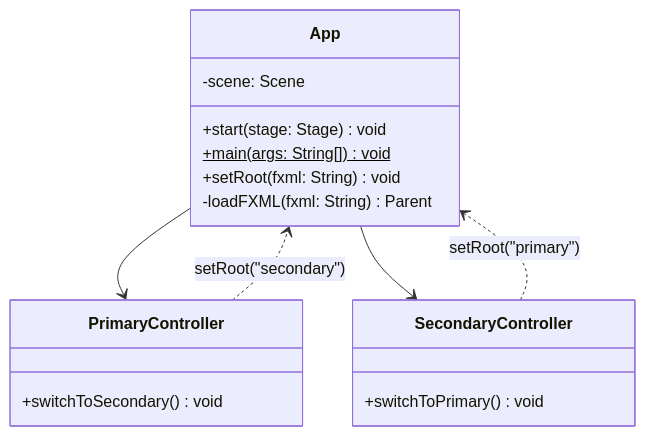
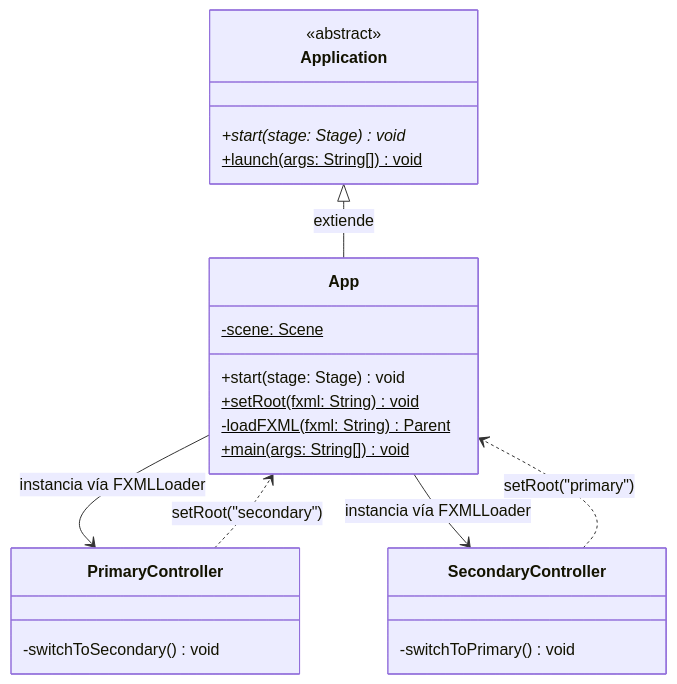
Before and after one commit to elprofecarreno/poo-javafx: the second of 3 diagrams in 01/README.md, drawn with Mermaid. The commit also changed other lines of this file and 35 other files, not shown here.

````diff
--- a/01/README.md
+++ b/01/README.md
@@ -11,23 +64,30 @@
 ```mermaid
 classDiagram
+    class Application {
+        <<abstract>>
+        +start(stage: Stage)* void
+        +launch(args: String[])$ void
+    }
+
     class App {
-        -scene: Scene
+        -scene: Scene$
         +start(stage: Stage) void
+        +setRoot(fxml: String)$ void
+        -loadFXML(fxml: String)$ Parent
         +main(args: String[])$ void
-        +setRoot(fxml: String) void
-        -loadFXML(fxml: String) Parent
     }
 
     class PrimaryController {
-        +switchToSecondary() void
+        -switchToSecondary() void
     }
 
     class SecondaryController {
-        +switchToPrimary() void
+        -switchToPrimary() void
     }
 
-    App --> PrimaryController
-    App --> SecondaryController
+    Application <|-- App : extiende
+    App --> PrimaryController : instancia vía FXMLLoader
+    App --> SecondaryController : instancia vía FXMLLoader
     PrimaryController ..> App : setRoot("secondary")
     SecondaryController ..> App : setRoot("primary")
 ```
````
